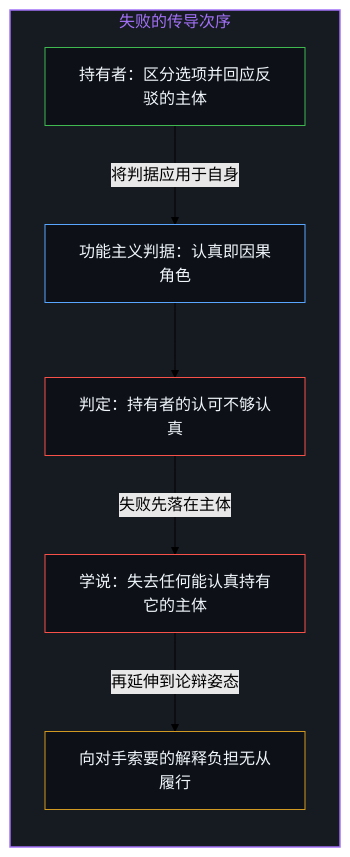
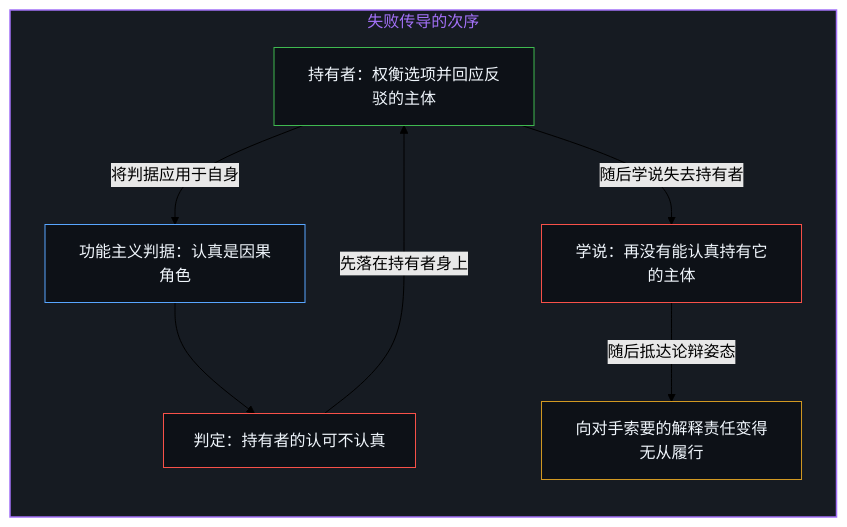
The first of 6 diagrams in content/posts/the-functionalism-no-functionalist-can-hold.md (powerpig99/not-a-toe), drawn with Mermaid (forest theme) before and after one commit. The commit also changed other lines of this file and 14 other files, not shown here.

````diff
--- a/content/posts/the-functionalism-no-functionalist-can-hold.md
+++ b/content/posts/the-functionalism-no-functionalist-can-hold.md
@@ -17,22 +17,23 @@
 ```mermaid
 flowchart TD
-    subgraph S_ORDER_ZH ["失败的传导次序"]
+    subgraph S_ORDER_ZH ["失败传导的次序"]
         direction TB
         style S_ORDER_ZH fill:#161b22,stroke:#a371f7,stroke-width:1.5px,color:#a371f7
-        Subject["持有者：区分选项并回应反驳的主体"]
-        Criteria["功能主义判据：认真即因果角色"]
-        Verdict["判定：持有者的认可不够认真"]
-        Doctrine["学说：失去任何能认真持有它的主体"]
-        Burden["向对手索要的解释负担无从履行"]
+        Subject["持有者：权衡选项并回应反驳的主体"]
+        Criteria["功能主义判据：认真是因果角色"]
+        Verdict["判定：持有者的认可不认真"]
+        Doctrine["学说：再没有能认真持有它的主体"]
+        Burden["向对手索要的解释责任变得无从履行"]
         style Subject fill:#0d1117,stroke:#3fb950,stroke-width:1px,color:#f0f6fc
         style Criteria fill:#0d1117,stroke:#58a6ff,stroke-width:1px,color:#f0f6fc
         style Verdict fill:#0d1117,stroke:#f85149,stroke-width:1px,color:#f0f6fc
         style Doctrine fill:#0d1117,stroke:#f85149,stroke-width:1px,color:#f0f6fc
         style Burden fill:#0d1117,stroke:#d29922,stroke-width:1px,color:#f0f6fc
     end
 
     Subject -->|"将判据应用于自身"| Criteria
     Criteria --> Verdict
-    Verdict -->|"失败先落在主体"| Doctrine
-    Doctrine -->|"再延伸到论辩姿态"| Burden
+    Verdict -->|"先落在持有者身上"| Subject
+    Subject -->|"随后学说失去持有者"| Doctrine
+    Doctrine -->|"随后抵达论辩姿态"| Burden
 ```
````
